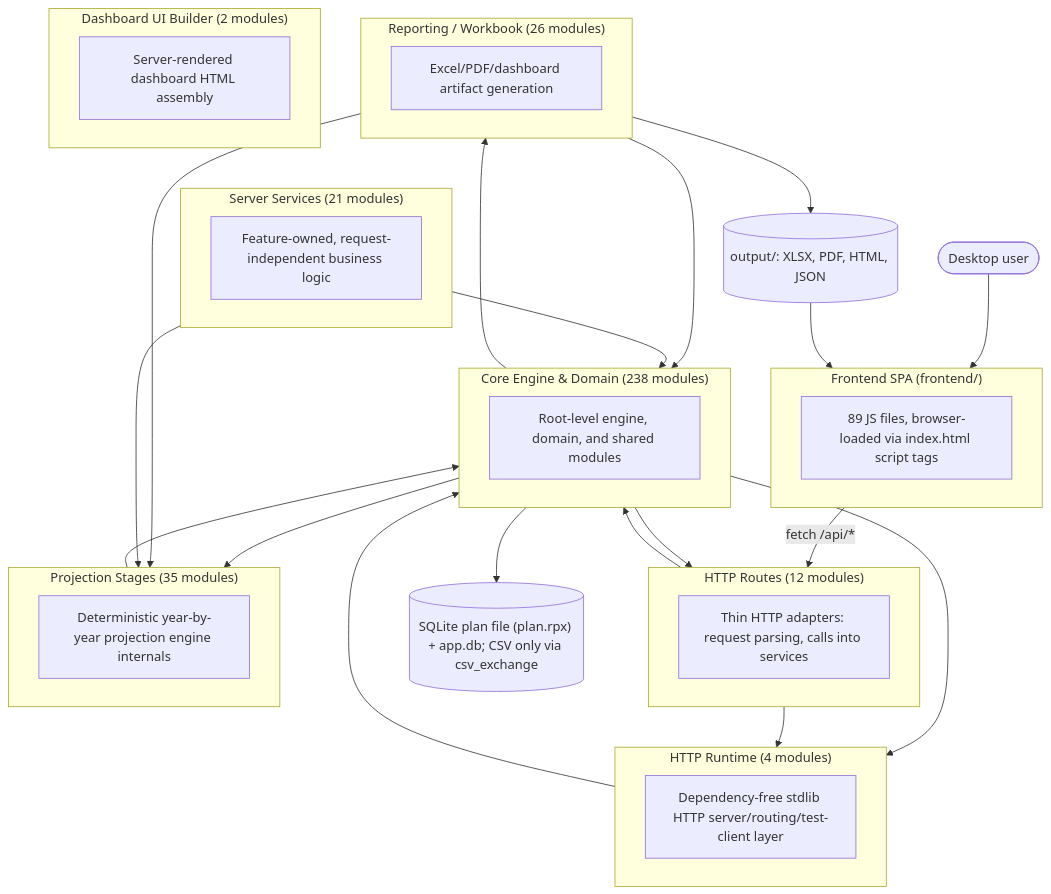
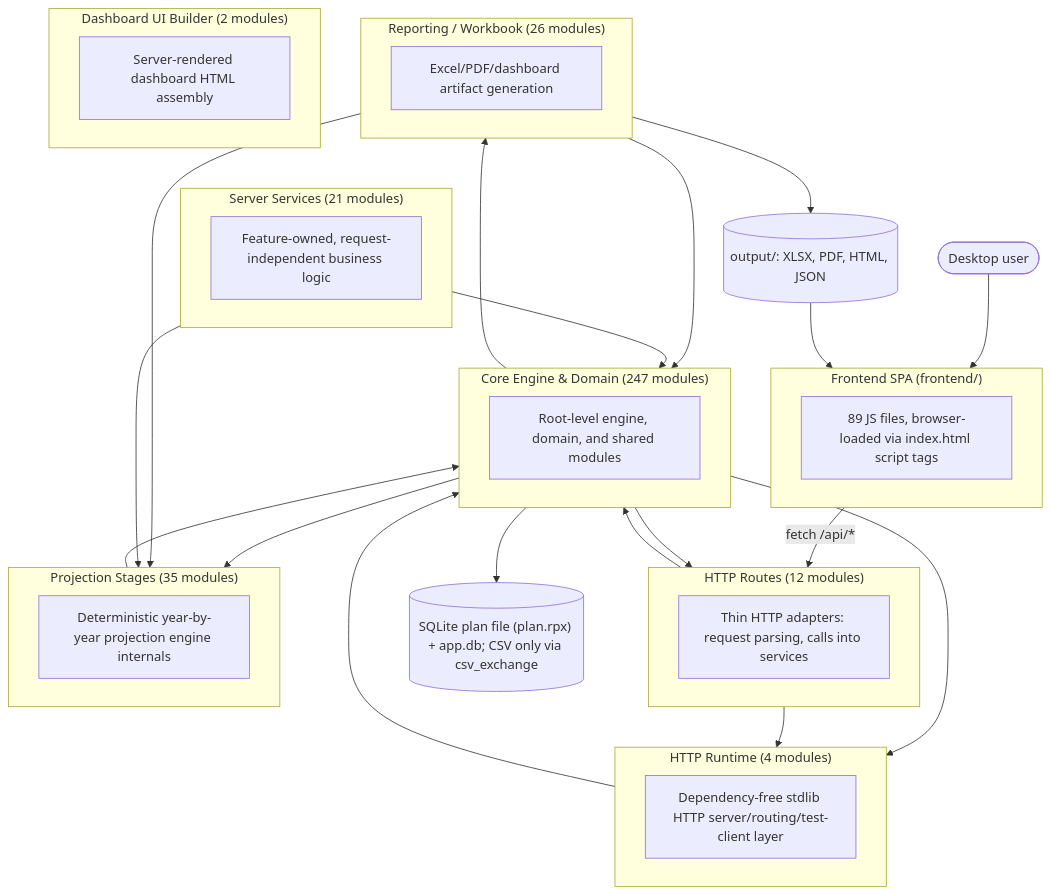
One commit to matthartzman/retirement_system changed the first of 2 diagrams in documentation/reference/SYSTEM_ARCHITECTURE_DIAGRAM.md. Above: the diagram before and after it, drawn with Mermaid. The commit also changed other lines of this file and 23 other files, not shown here.

````diff
--- a/documentation/reference/SYSTEM_ARCHITECTURE_DIAGRAM.md
+++ b/documentation/reference/SYSTEM_ARCHITECTURE_DIAGRAM.md
@@ -11,44 +11,44 @@
 ```mermaid
 flowchart TB
     User(["Desktop user"]) --> FE
     subgraph FE["Frontend SPA (frontend/)"]
         FEcount["89 JS files, browser-loaded via index.html script tags"]
     end
     FE -->|fetch /api/*| L_HTTP_Routes
     subgraph L_HTTP_Routes["HTTP Routes (12 modules)"]
         L_HTTP_Routes_d["Thin HTTP adapters: request parsing, calls into services"]
     end
     subgraph L_Server_Services["Server Services (21 modules)"]
         L_Server_Services_d["Feature-owned, request-independent business logic"]
     end
     subgraph L_HTTP_Runtime["HTTP Runtime (4 modules)"]
         L_HTTP_Runtime_d["Dependency-free stdlib HTTP server/routing/test-client layer"]
     end
-    subgraph L_Core_Engine___Domain["Core Engine & Domain (238 modules)"]
+    subgraph L_Core_Engine___Domain["Core Engine & Domain (247 modules)"]
         L_Core_Engine___Domain_d["Root-level engine, domain, and shared modules"]
     end
     subgraph L_Projection_Stages["Projection Stages (35 modules)"]
         L_Projection_Stages_d["Deterministic year-by-year projection engine internals"]
     end
     subgraph L_Reporting___Workbook["Reporting / Workbook (26 modules)"]
         L_Reporting___Workbook_d["Excel/PDF/dashboard artifact generation"]
     end
     subgraph L_Dashboard_UI_Builder["Dashboard UI Builder (2 modules)"]
         L_Dashboard_UI_Builder_d["Server-rendered dashboard HTML assembly"]
     end
     L_Core_Engine___Domain --> L_HTTP_Routes
     L_Core_Engine___Domain --> L_HTTP_Runtime
     L_Core_Engine___Domain --> L_Projection_Stages
     L_Core_Engine___Domain --> L_Reporting___Workbook
     L_HTTP_Routes --> L_Core_Engine___Domain
     L_HTTP_Routes --> L_HTTP_Runtime
     L_HTTP_Runtime --> L_Core_Engine___Domain
     L_Projection_Stages --> L_Core_Engine___Domain
     L_Reporting___Workbook --> L_Core_Engine___Domain
     L_Reporting___Workbook --> L_Projection_Stages
     L_Server_Services --> L_Core_Engine___Domain
     L_Server_Services --> L_Projection_Stages
     L_Core_Engine___Domain --> DB[("SQLite plan file (plan.rpx) + app.db; CSV only via csv_exchange")]
     L_Reporting___Workbook --> Outputs[("output/: XLSX, PDF, HTML, JSON")]
     Outputs --> FE
 ```
````
